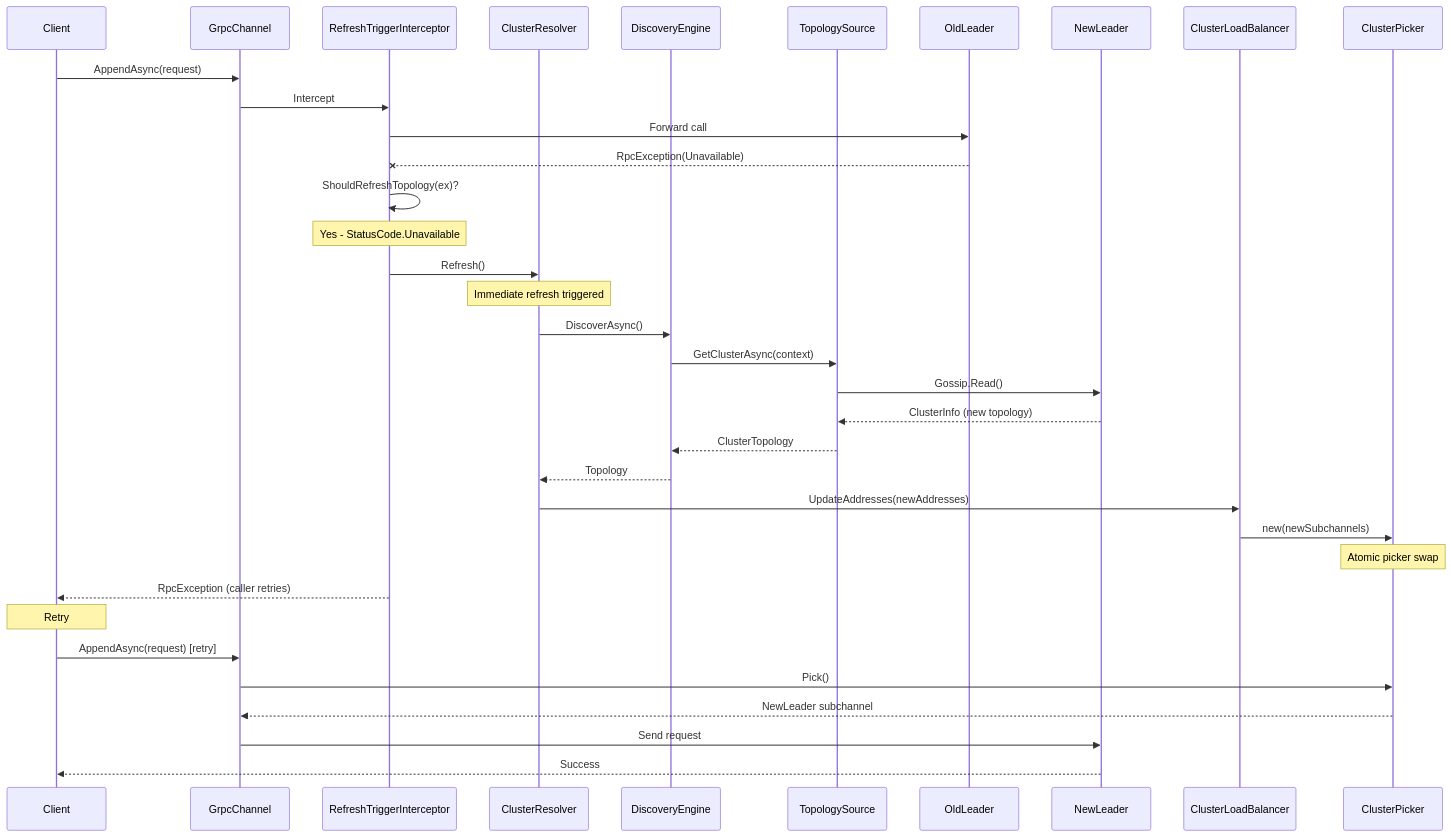
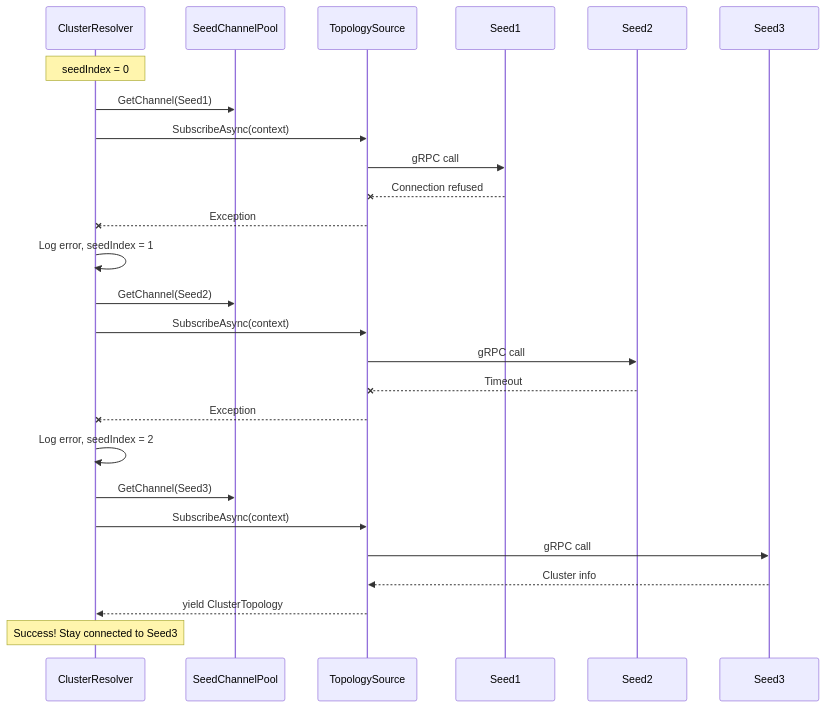
One commit to RagingKore/claude-code-context changed the fourth of 5 diagrams in GRPC_LOAD_BALANCER_SPEC.md. Above: the diagram before and after it, drawn with Mermaid. The commit also changed other lines of this file, not shown here.

````diff
--- a/GRPC_LOAD_BALANCER_SPEC.md
+++ b/GRPC_LOAD_BALANCER_SPEC.md
@@ -934,44 +627,33 @@
 ```mermaid
 sequenceDiagram
-    participant Client
-    participant GrpcChannel
-    participant RefreshTriggerInterceptor
-    participant ClusterResolver
-    participant DiscoveryEngine
-    participant TopologySource
-    participant OldLeader
-    participant NewLeader
-    participant ClusterLoadBalancer
-    participant ClusterPicker
+    participant Resolver as ClusterResolver
+    participant Pool as SeedChannelPool
+    participant Source as TopologySource
+    participant Seed1
+    participant Seed2
+    participant Seed3
 
-    Client->>GrpcChannel: AppendAsync(request)
-    GrpcChannel->>RefreshTriggerInterceptor: Intercept
-    RefreshTriggerInterceptor->>OldLeader: Forward call
-    OldLeader--xRefreshTriggerInterceptor: RpcException(Unavailable)
+    Note over Resolver: seedIndex = 0
 
-    RefreshTriggerInterceptor->>RefreshTriggerInterceptor: ShouldRefreshTopology(ex)?
-    Note over RefreshTriggerInterceptor: Yes - StatusCode.Unavailable
+    Resolver->>Pool: GetChannel(Seed1)
+    Resolver->>Source: SubscribeAsync(context)
+    Source->>Seed1: gRPC call
+    Seed1--xSource: Connection refused
+    Source--xResolver: Exception
+    Resolver->>Resolver: Log error, seedIndex = 1
 
-    RefreshTriggerInterceptor->>ClusterResolver: Refresh()
+    Resolver->>Pool: GetChannel(Seed2)
+    Resolver->>Source: SubscribeAsync(context)
+    Source->>Seed2: gRPC call
+    Seed2--xSource: Timeout
+    Source--xResolver: Exception
+    Resolver->>Resolver: Log error, seedIndex = 2
 
-    Note over ClusterResolver: Immediate refresh triggered
-    ClusterResolver->>DiscoveryEngine: DiscoverAsync()
-    DiscoveryEngine->>TopologySource: GetClusterAsync(context)
-    TopologySource->>NewLeader: Gossip.Read()
-    NewLeader-->>TopologySource: ClusterInfo (new topology)
-    TopologySource-->>DiscoveryEngine: ClusterTopology
-    DiscoveryEngine-->>ClusterResolver: Topology
+    Resolver->>Pool: GetChannel(Seed3)
+    Resolver->>Source: SubscribeAsync(context)
+    Source->>Seed3: gRPC call
+    Seed3-->>Source: Cluster info
+    Source-->>Resolver: yield ClusterTopology
 
-    ClusterResolver->>ClusterLoadBalancer: UpdateAddresses(newAddresses)
-    ClusterLoadBalancer->>ClusterPicker: new(newSubchannels)
-    Note over ClusterPicker: Atomic picker swap
-
-    RefreshTriggerInterceptor-->>Client: RpcException (caller retries)
-
-    Note over Client: Retry
-    Client->>GrpcChannel: AppendAsync(request) [retry]
-    GrpcChannel->>ClusterPicker: Pick()
-    ClusterPicker-->>GrpcChannel: NewLeader subchannel
-    GrpcChannel->>NewLeader: Send request
-    NewLeader-->>Client: Success
+    Note over Resolver: Success! Stay connected to Seed3
 ```
````
